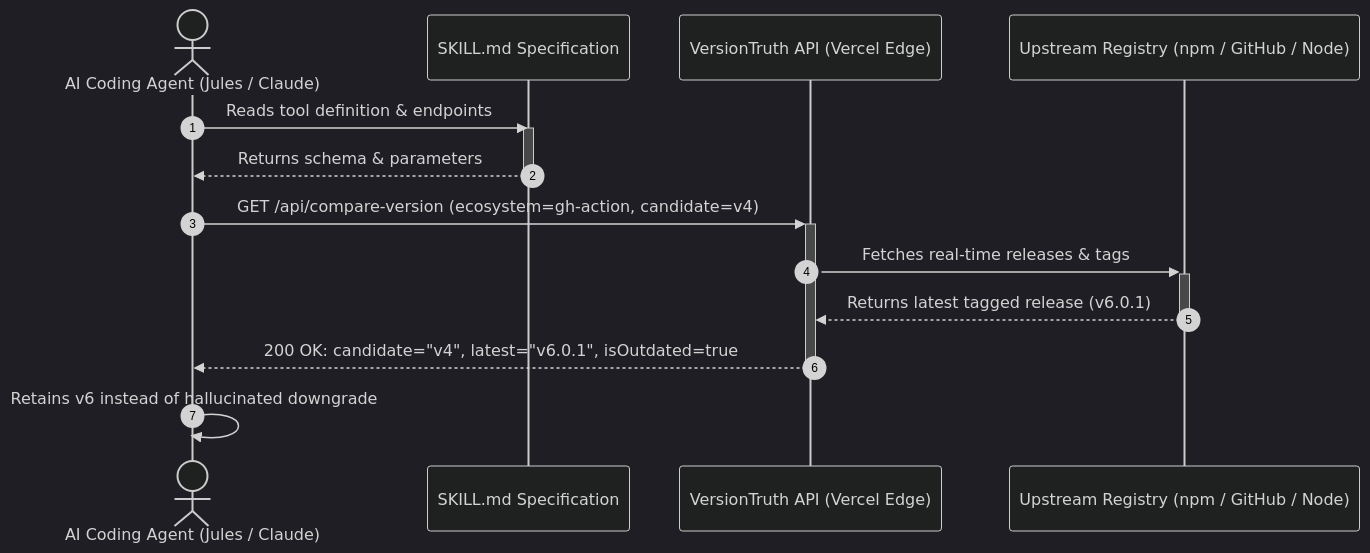
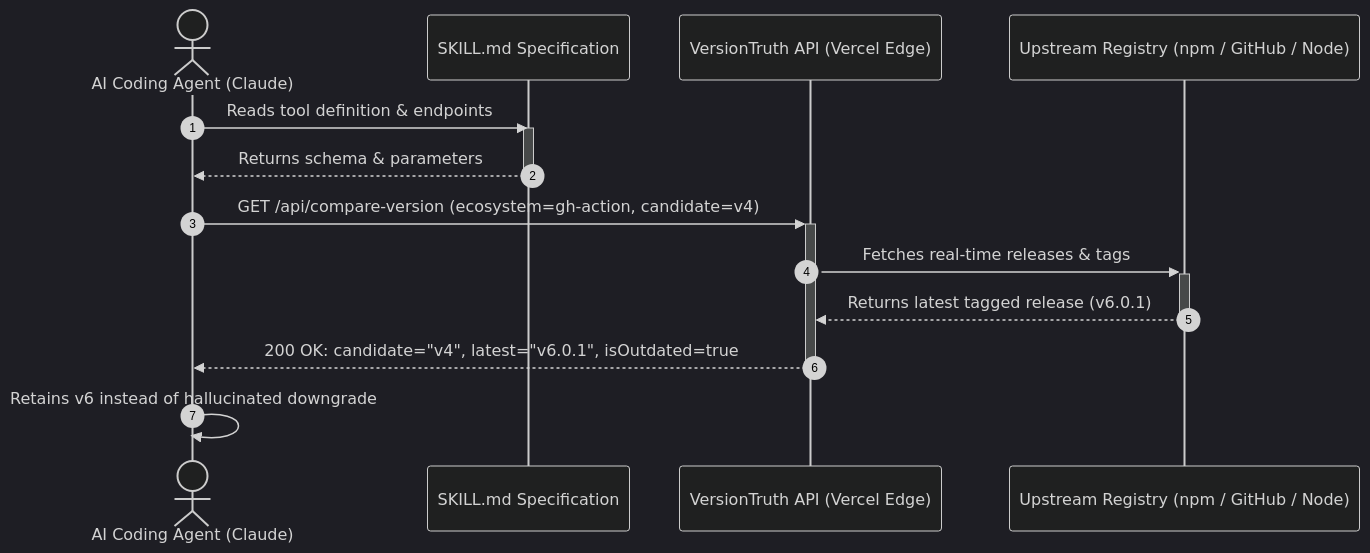
Before and after one commit to arii/portfolio: the diagram in src/content/research/versiontruth.md, drawn with Mermaid (dark theme). The commit also changed other lines of this file and 24 other files, not shown here.

````diff
--- a/src/content/research/versiontruth.md
+++ b/src/content/research/versiontruth.md
@@ -65,23 +62,23 @@
 ```mermaid
 sequenceDiagram
     autonumber
 
-    actor Agent as AI Coding Agent (Jules / Claude)
+    actor Agent as AI Coding Agent (Claude)
     participant Skill as SKILL.md Specification
     participant API as VersionTruth API (Vercel Edge)
     participant Reg as Upstream Registry (npm / GitHub / Node)
 
     Agent->>Skill: Reads tool definition & endpoints
     activate Skill
     Skill-->>Agent: Returns schema & parameters
     deactivate Skill
 
     Agent->>+API: GET /api/compare-version (ecosystem=gh-action, candidate=v4)
 
     API->>+Reg: Fetches real-time releases & tags
     Reg-->>-API: Returns latest tagged release (v6.0.1)
 
     API-->>-Agent: 200 OK: candidate="v4", latest="v6.0.1", isOutdated=true
 
     Agent->>Agent: Retains v6 instead of hallucinated downgrade
 ```
````
